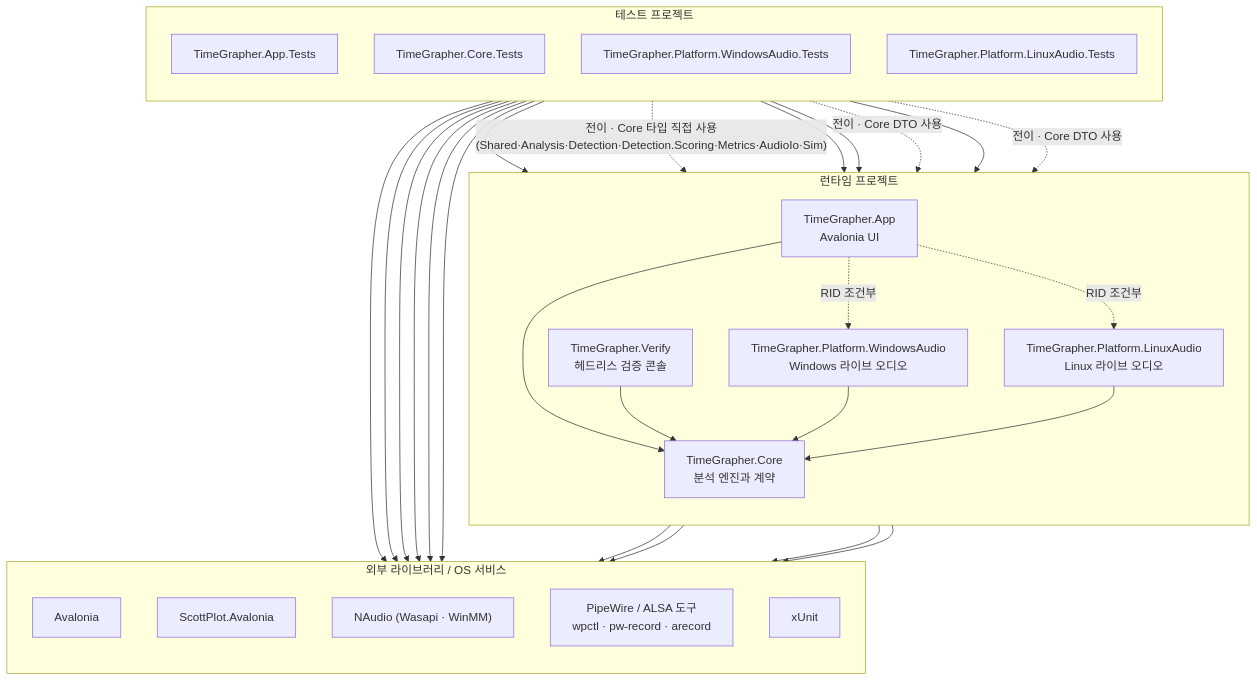
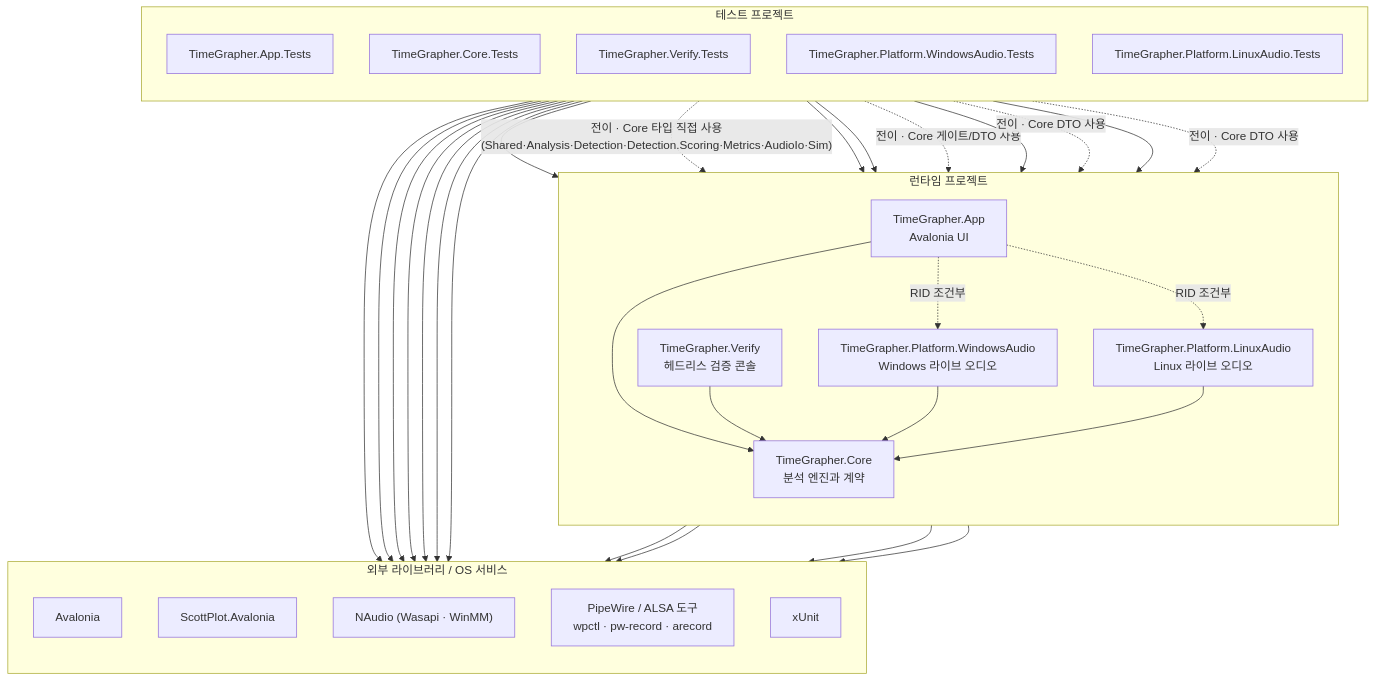
Before and after one commit to Jae-hong-5/TimeGrapher-Net: the first of 3 diagrams in docs/for-ai/MODULE_USES_VIEW.md, drawn with Mermaid. The commit also changed other lines of this file and 1 other file, not shown here.

Commit message:
docs: sync test-project view and source count for Verify.Tests
[en] The TDD review added a TimeGrapher.Verify.Tests project (a structural change),
so reflect it in the for-ai views: MODULE_USES gains the Verify.Tests node, its
edges (-> Verify direct; transitive Core via InternalsVisibleTo gate evaluator),
and a note in the test-dependency section; SAP's test-source count updates to 98
(App 52, Core 43, WindowsAudio 1, LinuxAudio 1, Verify 1). Diagram re-rendered.

[ko] TDD 리뷰로 TimeGrapher.Verify.Tests 프로젝트를 추가했으므로(구조 변경) for-ai
뷰에 반영한다: MODULE_USES에 Verify.Tests 노드와 엣지(-> Verify 직접; InternalsVisibleTo
게이트 평가기를 통한 전이 Core)와 테스트 의존 절 설명을 추가하고, SAP의 테스트 소스
수를 98개(앱 52, Core 43, WindowsAudio 1, LinuxAudio 1, Verify 1)로 갱신한다.
다이어그램 재렌더 확인.

````diff
--- a/docs/for-ai/MODULE_USES_VIEW.md
+++ b/docs/for-ai/MODULE_USES_VIEW.md
@@ -9,54 +9,58 @@
 ```mermaid
 flowchart TB
     subgraph Runtime["런타임 프로젝트"]
         direction TB
         App["TimeGrapher.App<br/>Avalonia UI"]
         Verify["TimeGrapher.Verify<br/>헤드리스 검증 콘솔"]
         WindowsAudio["TimeGrapher.Platform.WindowsAudio<br/>Windows 라이브 오디오"]
         LinuxAudio["TimeGrapher.Platform.LinuxAudio<br/>Linux 라이브 오디오"]
         Core["TimeGrapher.Core<br/>분석 엔진과 계약"]
     end
 
     subgraph Tests["테스트 프로젝트"]
         direction TB
         AppTests["TimeGrapher.App.Tests"]
         CoreTests["TimeGrapher.Core.Tests"]
+        VerifyTests["TimeGrapher.Verify.Tests"]
         WindowsAudioTests["TimeGrapher.Platform.WindowsAudio.Tests"]
         LinuxAudioTests["TimeGrapher.Platform.LinuxAudio.Tests"]
     end
 
     subgraph External["외부 라이브러리 / OS 서비스"]
         direction TB
         Avalonia["Avalonia"]
         ScottPlot["ScottPlot.Avalonia"]
         NAudio["NAudio (Wasapi · WinMM)"]
         LinuxAudioStack["PipeWire / ALSA 도구<br/>wpctl · pw-record · arecord"]
         Xunit["xUnit"]
     end
 
     App --> Core
     App -. "RID 조건부" .-> WindowsAudio
     App -. "RID 조건부" .-> LinuxAudio
     Verify --> Core
     WindowsAudio --> Core
     LinuxAudio --> Core
 
     AppTests --> App
     AppTests -. "전이 · Core 타입 직접 사용(Shared·Analysis·Detection·Detection.Scoring·Metrics·AudioIo·Sim)" .-> Core
     CoreTests --> Core
+    VerifyTests --> Verify
+    VerifyTests -. "전이 · Core 게이트/DTO 사용" .-> Core
     WindowsAudioTests --> WindowsAudio
     WindowsAudioTests -. "전이 · Core DTO 사용" .-> Core
     LinuxAudioTests --> LinuxAudio
     LinuxAudioTests -. "전이 · Core DTO 사용" .-> Core
 
     App --> Avalonia
     App --> ScottPlot
     WindowsAudio --> NAudio
     LinuxAudio --> LinuxAudioStack
     AppTests --> Avalonia
     AppTests --> ScottPlot
     AppTests --> Xunit
     CoreTests --> Xunit
+    VerifyTests --> Xunit
     WindowsAudioTests --> Xunit
     LinuxAudioTests --> Xunit
 ```
````
